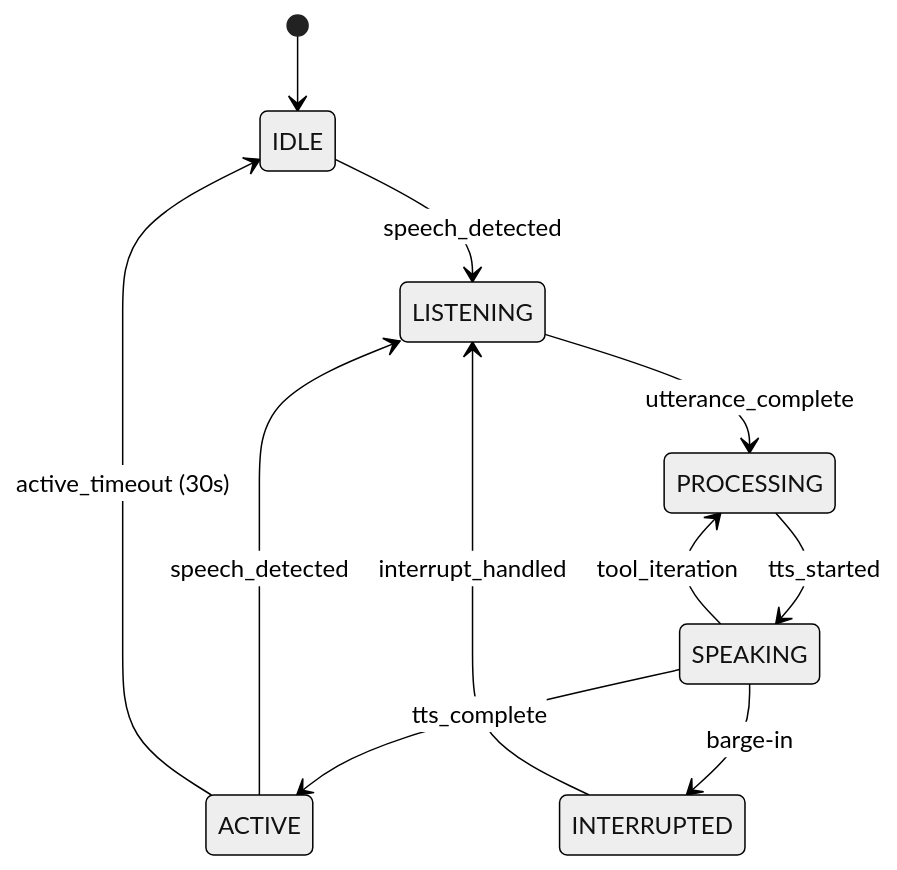
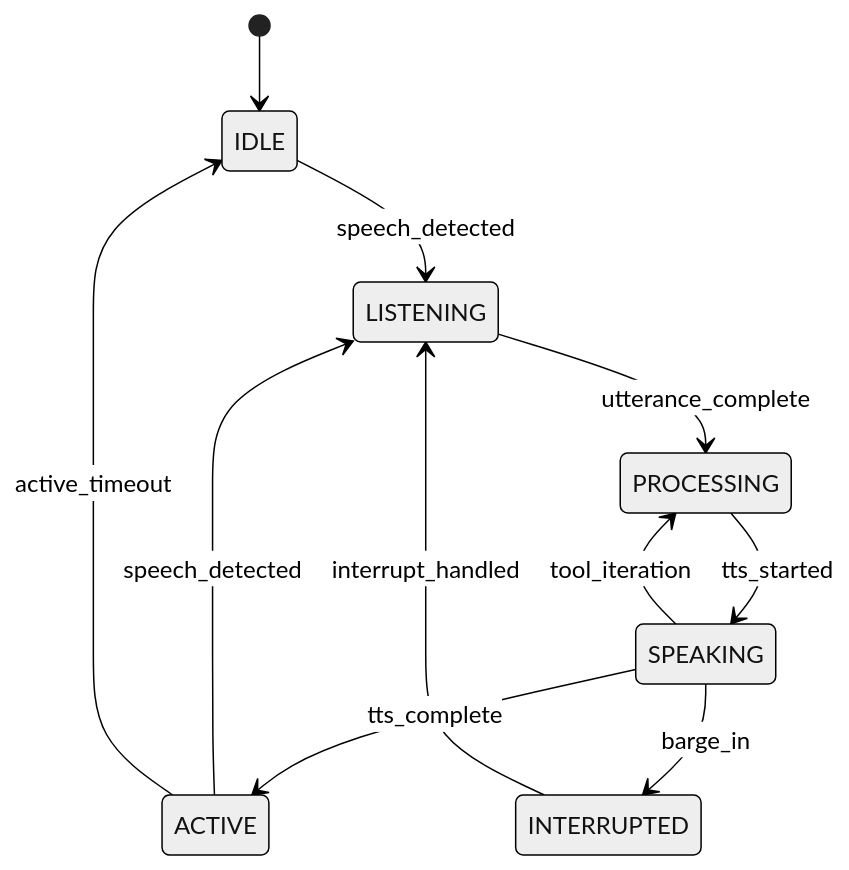
One commit to NorthProt-Inc/prot changed the second of 2 diagrams in README.md. Above: the diagram before and after it, drawn with Mermaid (neutral theme). The commit also changed other lines of this file and 2 other files, not shown here.

````diff
--- a/README.md
+++ b/README.md
@@ -47,13 +87,13 @@
 ```mermaid
 stateDiagram-v2
     [*] --> IDLE
     IDLE --> LISTENING : speech_detected
     LISTENING --> PROCESSING : utterance_complete
     PROCESSING --> SPEAKING : tts_started
     SPEAKING --> ACTIVE : tts_complete
-    SPEAKING --> INTERRUPTED : barge-in
+    SPEAKING --> INTERRUPTED : barge_in
     SPEAKING --> PROCESSING : tool_iteration
     ACTIVE --> LISTENING : speech_detected
-    ACTIVE --> IDLE : active_timeout (30s)
+    ACTIVE --> IDLE : active_timeout
     INTERRUPTED --> LISTENING : interrupt_handled
 ```
````
